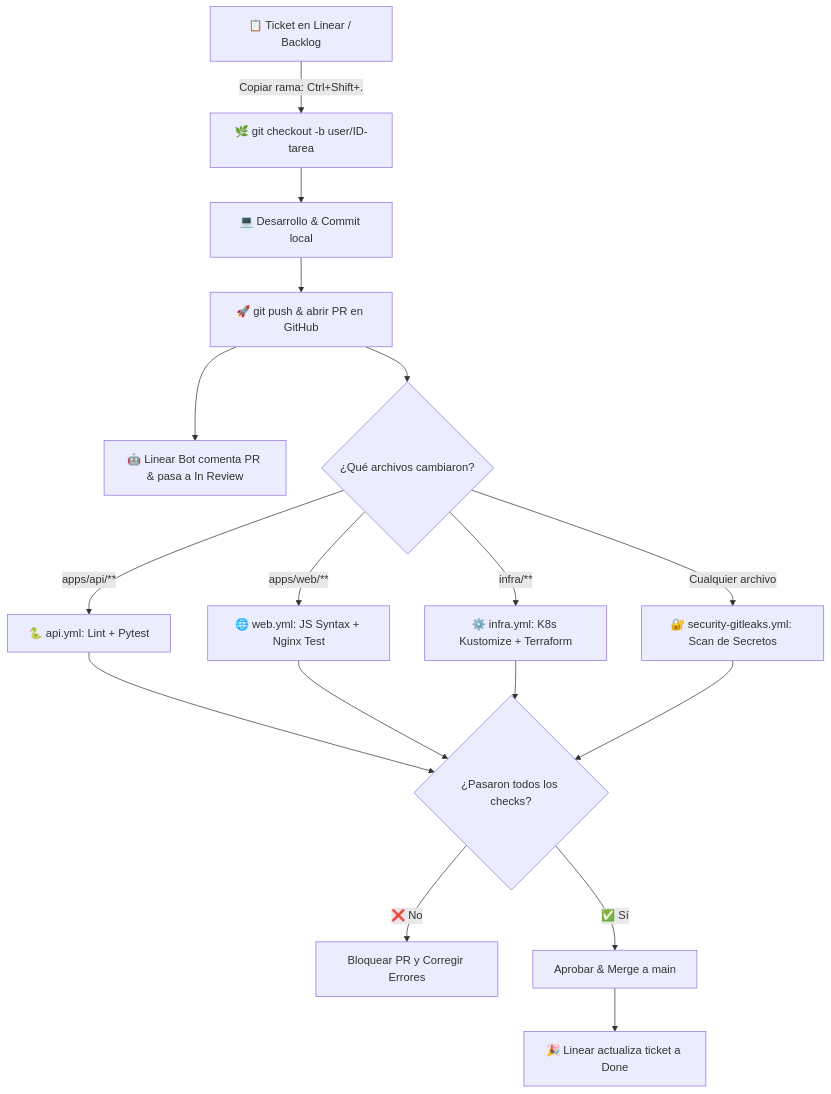
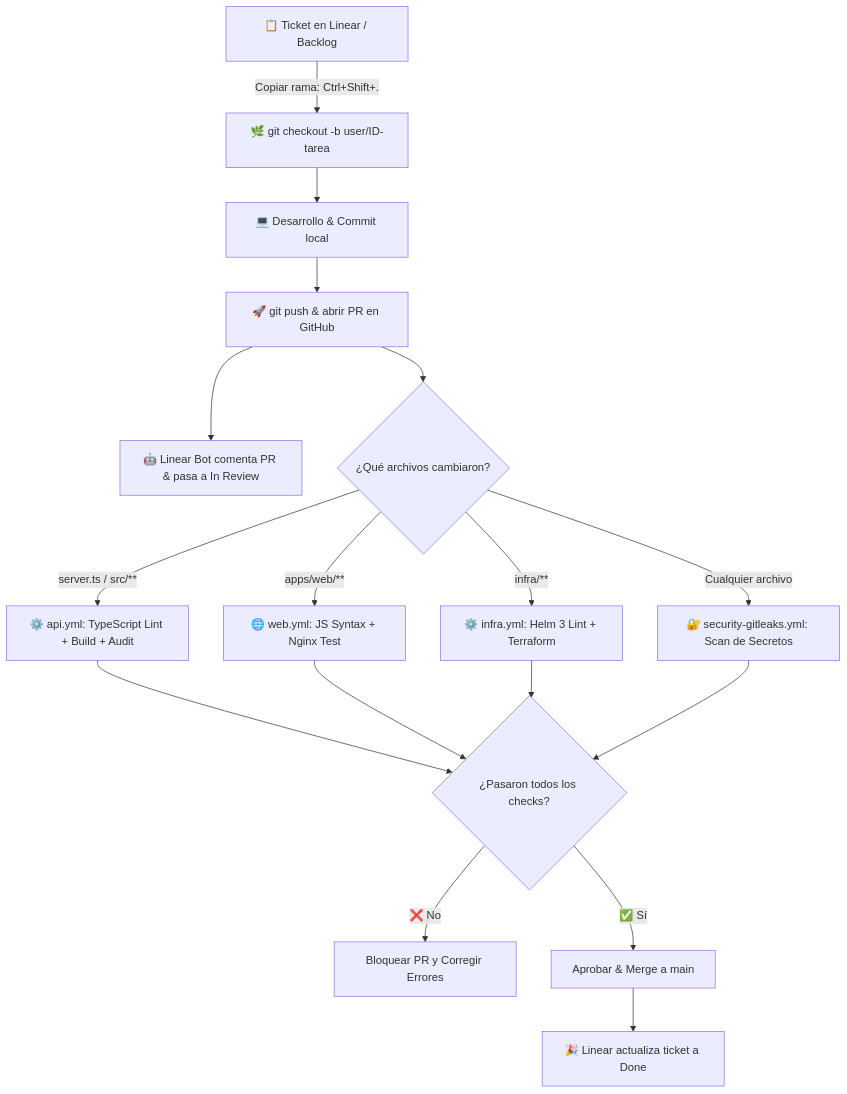
Before and after one commit to rocapellino/pokedex: the diagram in docs/devops/GITHUB_WORKFLOWS_GUIDE.md, drawn with Mermaid. The commit also changed other lines of this file and 25 other files, not shown here.

````diff
--- a/docs/devops/GITHUB_WORKFLOWS_GUIDE.md
+++ b/docs/devops/GITHUB_WORKFLOWS_GUIDE.md
@@ -150,24 +151,24 @@
 ```mermaid
 graph TD
     LIN[📋 Ticket en Linear / Backlog] -->|Copiar rama: Ctrl+Shift+.| BR[🌿 git checkout -b user/ID-tarea]
     BR --> DEV[💻 Desarrollo & Commit local]
     DEV --> PUSH[🚀 git push & abrir PR en GitHub]
     
     PUSH --> BOT[🤖 Linear Bot comenta PR & pasa a In Review]
     PUSH --> B{¿Qué archivos cambiaron?}
     
-    B -->|apps/api/**| C[🐍 api.yml: Lint + Pytest]
+    B -->|server.ts / src/**| C[⚙️ api.yml: TypeScript Lint + Build + Audit]
     B -->|apps/web/**| D[🌐 web.yml: JS Syntax + Nginx Test]
-    B -->|infra/**| E[⚙️ infra.yml: K8s Kustomize + Terraform]
+    B -->|infra/**| E[⚙️ infra.yml: Helm 3 Lint + Terraform]
     B -->|Cualquier archivo| F[🔐 security-gitleaks.yml: Scan de Secretos]
     
     C --> G{¿Pasaron todos los checks?}
     D --> G
     E --> G
     F --> G
     
     G -->|❌ No| I[Bloquear PR y Corregir Errores]
     G -->|✅ Sí| H[Aprobar & Merge a main]
     
     H --> DONE[🎉 Linear actualiza ticket a Done]
 ```
````
